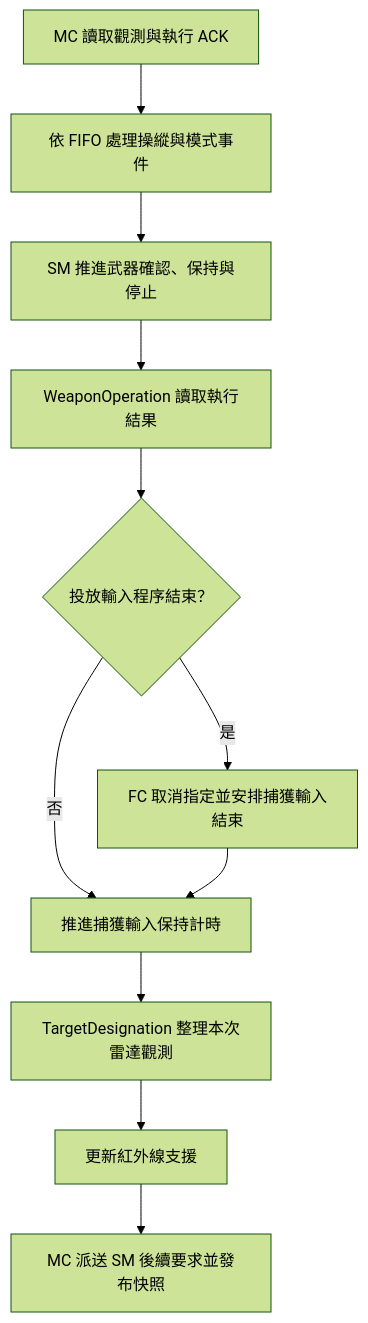
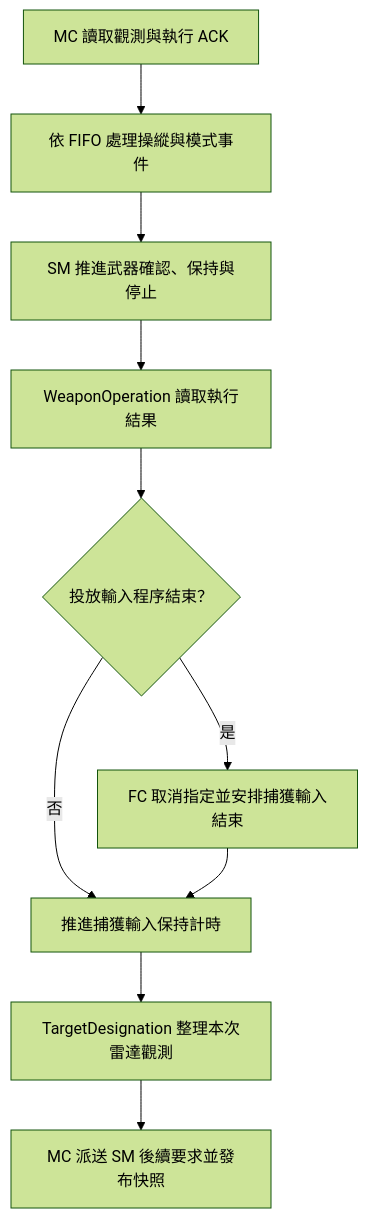
One commit to jjjjj103074/F-CK-1C changed the second of 4 diagrams in src/efm/F-CK-1C_EFM/Core/Systems/MissionComputer/Components/FireControl/README.md. Above: the diagram before and after it, drawn with Mermaid (forest theme). The commit also changed other lines of this file and 31 other files, not shown here.

````diff
--- a/src/efm/F-CK-1C_EFM/Core/Systems/MissionComputer/Components/FireControl/README.md
+++ b/src/efm/F-CK-1C_EFM/Core/Systems/MissionComputer/Components/FireControl/README.md
@@ -51,13 +52,12 @@
 ```mermaid
 flowchart TD
     READ[MC 讀取觀測與執行 ACK] --> COMMANDS[依 FIFO 處理操縱與模式事件]
     COMMANDS --> SMEXEC[SM 推進武器確認、保持與停止]
     SMEXEC --> WEAPON[WeaponOperation 讀取執行結果]
     WEAPON --> RESULT{投放輸入程序結束？}
     RESULT -->|是| CANCEL[FC 取消指定並安排捕獲輸入結束]
     RESULT -->|否| TIMER[推進捕獲輸入保持計時]
     CANCEL --> TIMER
     TIMER --> OBS[TargetDesignation 整理本次雷達觀測]
-    OBS --> IR[更新紅外線支援]
-    IR --> PUBLISH[MC 派送 SM 後續要求並發布快照]
+    OBS --> PUBLISH[MC 派送 SM 後續要求並發布快照]
 ```
````
